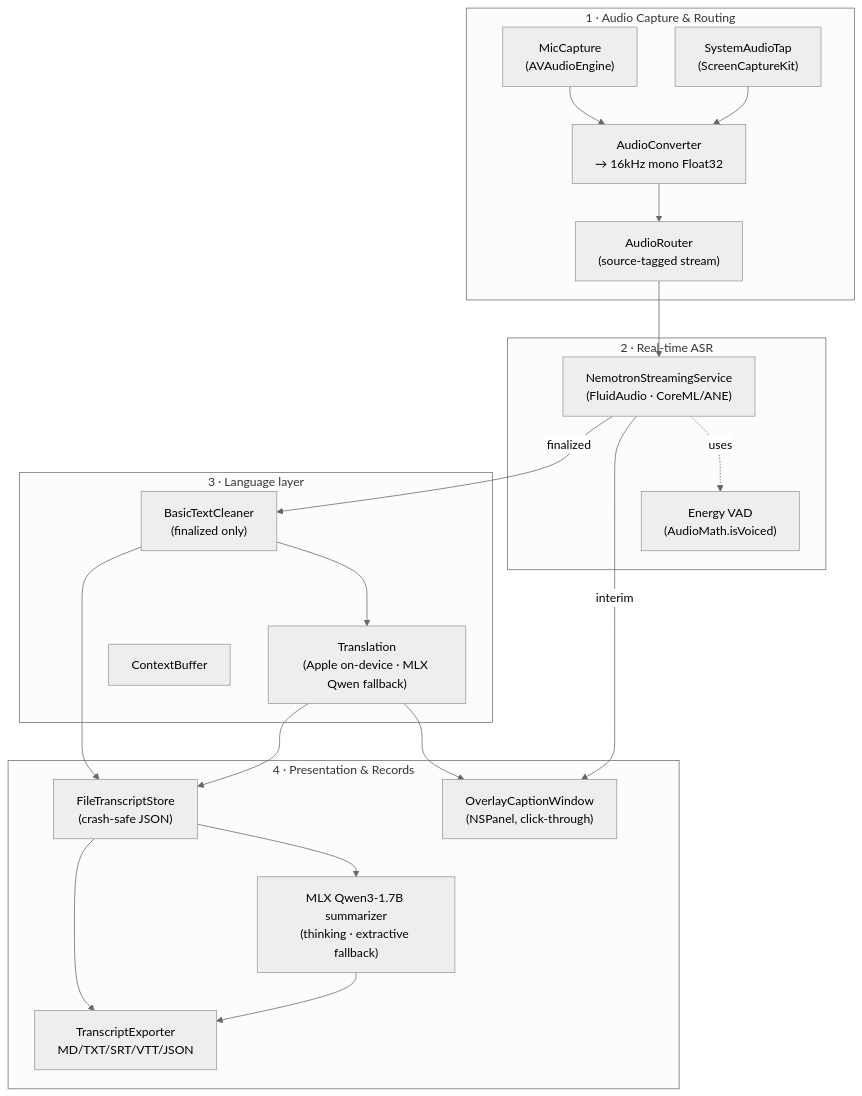
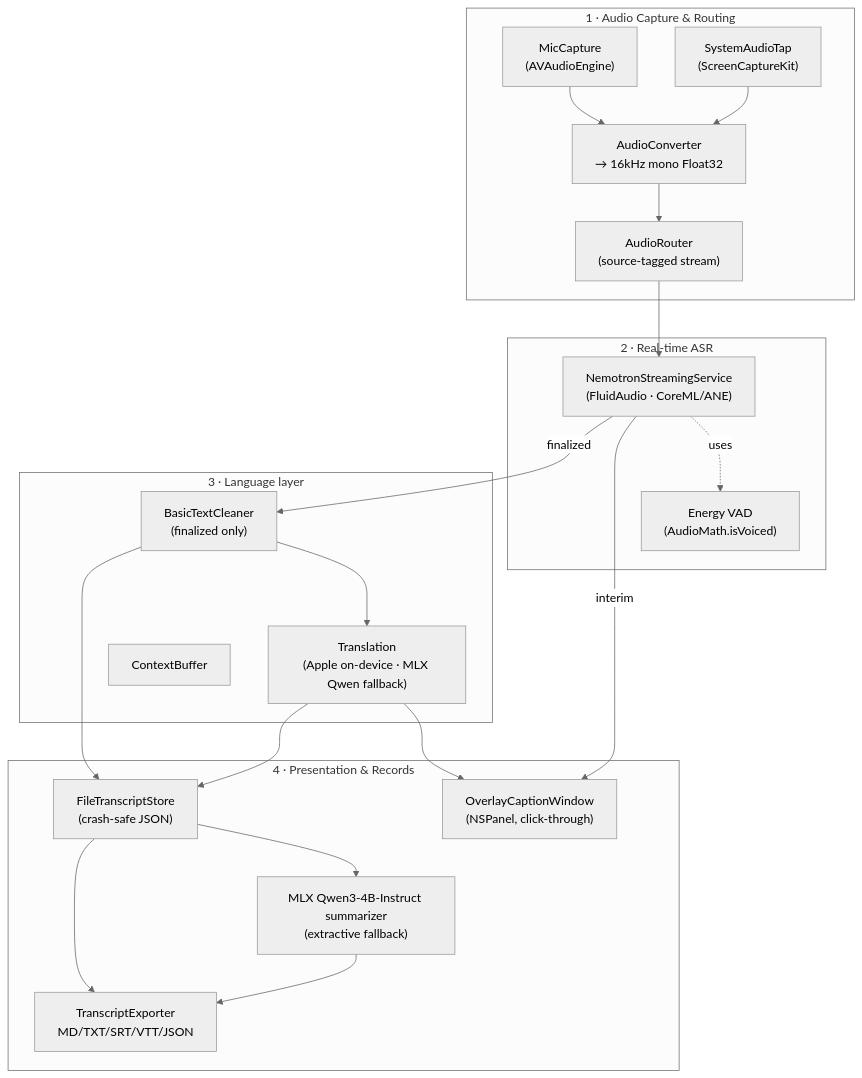
The first of 2 diagrams in README.md (huang422/EdgeAI-Flow-Translate), drawn with Mermaid (neutral theme) before and after one commit. The commit also changed other lines of this file and 20 other files, not shown here.

````diff
--- a/README.md
+++ b/README.md
@@ -188,42 +191,42 @@
 ```mermaid
 flowchart TB
     subgraph Capture["1 · Audio Capture & Routing"]
         MIC["MicCapture<br/>(AVAudioEngine)"]
         SYS["SystemAudioTap<br/>(ScreenCaptureKit)"]
         CONV["AudioConverter<br/>→ 16kHz mono Float32"]
         ROUTER["AudioRouter<br/>(source-tagged stream)"]
         MIC --> CONV
         SYS --> CONV
         CONV --> ROUTER
     end
 
     subgraph ASR["2 · Real-time ASR"]
         NEMO["NemotronStreamingService<br/>(FluidAudio · CoreML/ANE)"]
         VAD["Energy VAD<br/>(AudioMath.isVoiced)"]
         ROUTER --> NEMO
         NEMO -. uses .-> VAD
     end
 
     subgraph Lang["3 · Language layer"]
         CLEAN["BasicTextCleaner<br/>(finalized only)"]
         TRANS["Translation<br/>(Apple on-device · MLX Qwen fallback)"]
         CTX["ContextBuffer"]
     end
 
     subgraph UX["4 · Presentation & Records"]
         OVERLAY["OverlayCaptionWindow<br/>(NSPanel, click-through)"]
         STORE["FileTranscriptStore<br/>(crash-safe JSON)"]
-        SUM["MLX Qwen3-1.7B summarizer<br/>(thinking · extractive fallback)"]
+        SUM["MLX Qwen3-4B-Instruct summarizer<br/>(extractive fallback)"]
         EXPORT["TranscriptExporter<br/>MD/TXT/SRT/VTT/JSON"]
     end
 
     NEMO -- "interim" --> OVERLAY
     NEMO -- "finalized" --> CLEAN
     CLEAN --> TRANS
     CLEAN --> STORE
     TRANS --> OVERLAY
     TRANS --> STORE
     STORE --> SUM
     STORE --> EXPORT
     SUM --> EXPORT
 ```
````
